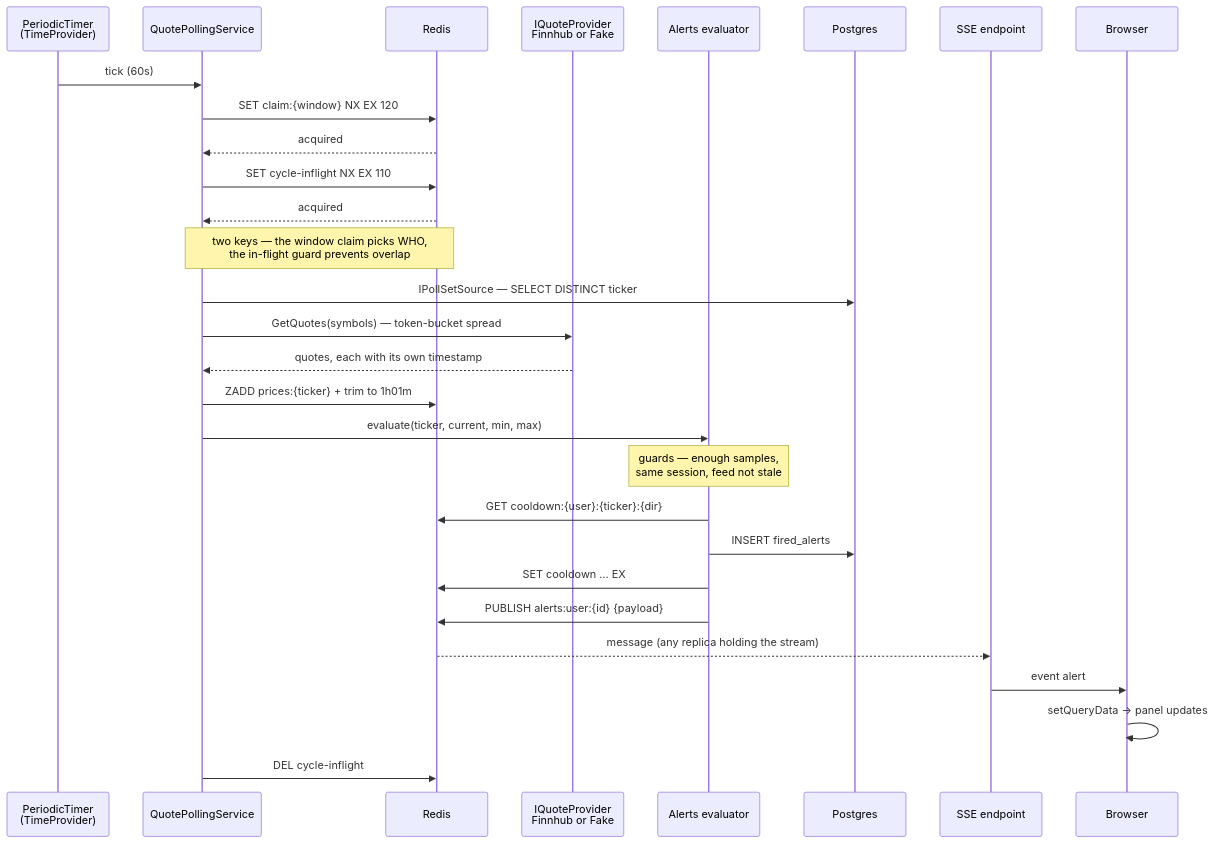
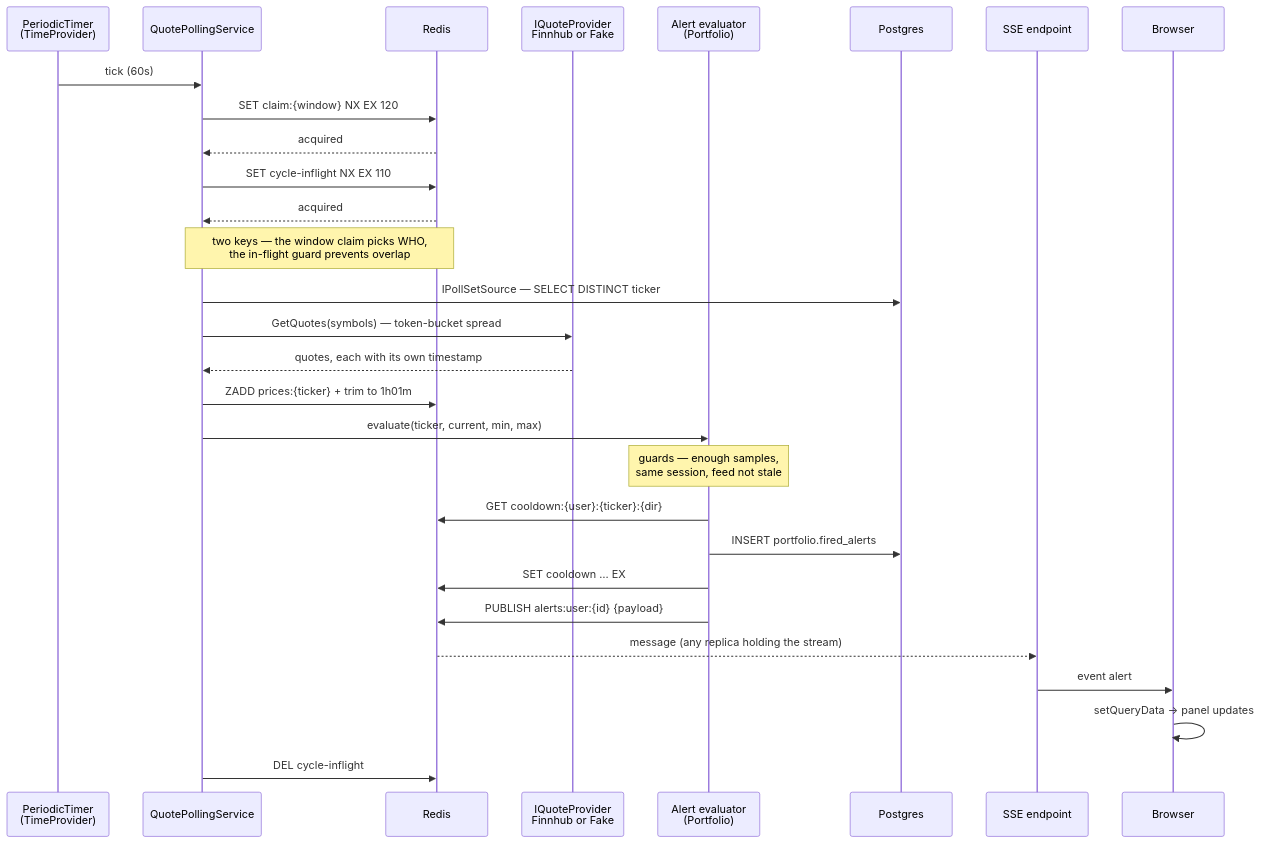
One commit to Dilicidum/StockPortfolio changed the second of 4 diagrams in docs/plan/module-interactions.md. Above: the diagram before and after it, drawn with Mermaid. The commit also changed other lines of this file and 13 other files, not shown here.

````diff
--- a/docs/plan/module-interactions.md
+++ b/docs/plan/module-interactions.md
@@ -87,36 +81,36 @@
 ```mermaid
 sequenceDiagram
     participant T as PeriodicTimer<br/>(TimeProvider)
     participant P as QuotePollingService
     participant R as Redis
     participant F as IQuoteProvider<br/>Finnhub or Fake
-    participant E as Alerts evaluator
+    participant E as Alert evaluator<br/>(Portfolio)
     participant DB as Postgres
     participant S as SSE endpoint
     participant B as Browser
 
     T->>P: tick (60s)
     P->>R: SET claim:{window} NX EX 120
     R-->>P: acquired
     P->>R: SET cycle-inflight NX EX 110
     R-->>P: acquired
     Note over P,R: two keys — the window claim picks WHO,<br/>the in-flight guard prevents overlap
 
     P->>DB: IPollSetSource — SELECT DISTINCT ticker
     P->>F: GetQuotes(symbols) — token-bucket spread
     F-->>P: quotes, each with its own timestamp
     P->>R: ZADD prices:{ticker} + trim to 1h01m
 
     P->>E: evaluate(ticker, current, min, max)
     Note over E: guards — enough samples,<br/>same session, feed not stale
     E->>R: GET cooldown:{user}:{ticker}:{dir}
-    E->>DB: INSERT fired_alerts
+    E->>DB: INSERT portfolio.fired_alerts
     E->>R: SET cooldown … EX
     E->>R: PUBLISH alerts:user:{id} {payload}
 
     R-->>S: message (any replica holding the stream)
     S->>B: event alert
     B->>B: setQueryData → panel updates
 
     P->>R: DEL cycle-inflight
 ```
````
